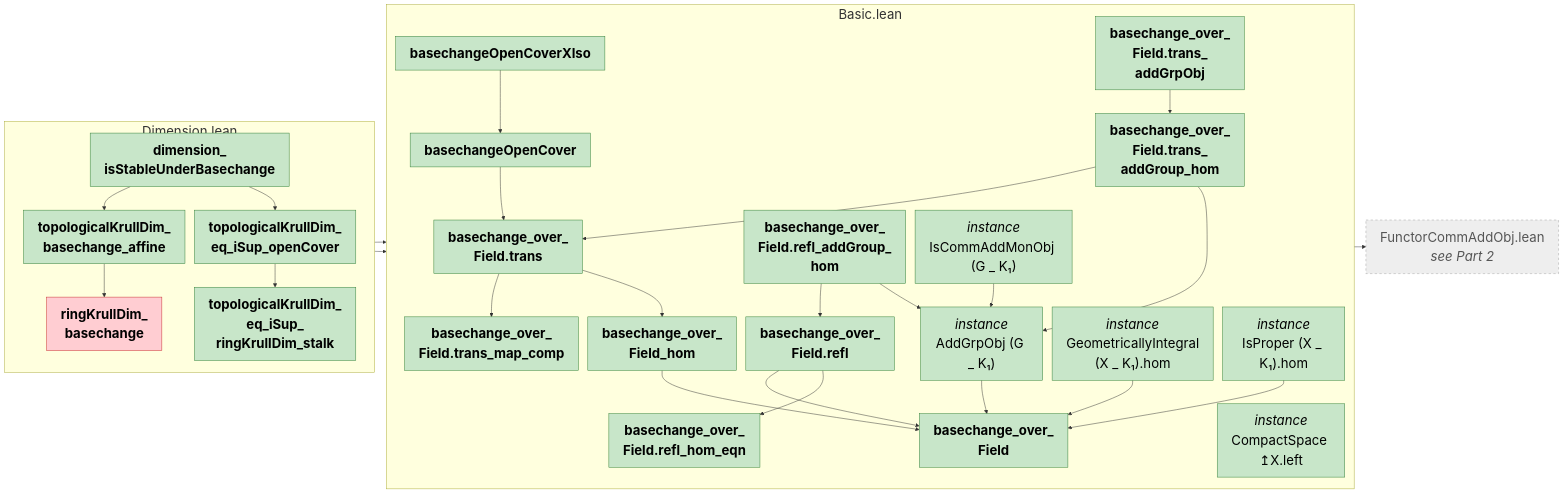
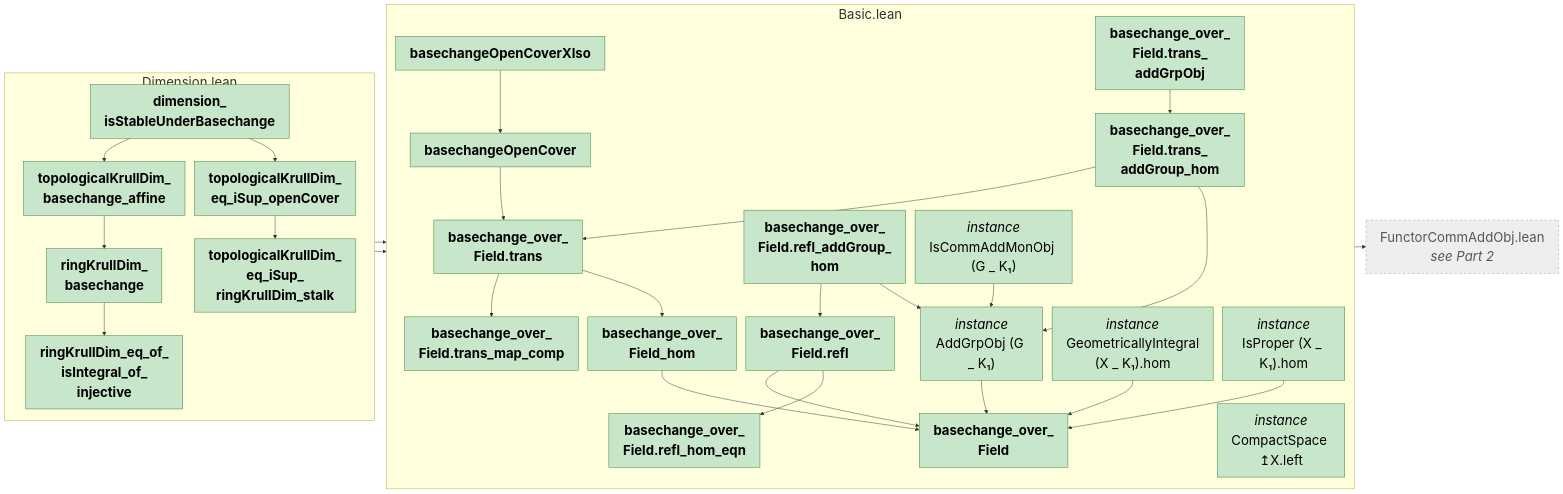
One commit to abhijitaj1997/CMAbelianVarieties changed the third of 4 diagrams in CMAbelianVarieties/MindMapStep2.md. Above: the diagram before and after it, drawn with Mermaid. The commit also changed other lines of this file and 7 other files, not shown here.

````diff
--- a/CMAbelianVarieties/MindMapStep2.md
+++ b/CMAbelianVarieties/MindMapStep2.md
@@ -205,64 +205,65 @@
 ```mermaid
 %%{init: {"flowchart": {"useMaxWidth": false, "rankSpacing": 25, "nodeSpacing": 20}, "themeVariables": {"fontSize": "28px"}}}%%
 graph LR
   subgraph m_CMAbelianVarieties_AlgebraicGeometry_Basic["Basic.lean"]
     direction TB
     n_basechangeOpenCover["<b>basechangeOpenCover</b>"]
     n_basechangeOpenCoverXIso["<b>basechangeOpenCoverXIso</b>"]
     n_basechange_over_Field["<b>basechange_over_<br/>Field</b>"]
     n_basechange_over_Field_refl["<b>basechange_over_<br/>Field.refl</b>"]
     n_basechange_over_Field_refl_addGroup_hom["<b>basechange_over_<br/>Field.refl_addGroup_<br/>hom</b>"]
     n_basechange_over_Field_refl_hom_eqn["<b>basechange_over_<br/>Field.refl_hom_eqn</b>"]
     n_basechange_over_Field_trans["<b>basechange_over_<br/>Field.trans</b>"]
     n_basechange_over_Field_trans_addGroup_hom["<b>basechange_over_<br/>Field.trans_<br/>addGroup_hom</b>"]
     n_basechange_over_Field_trans_addGrpObj["<b>basechange_over_<br/>Field.trans_<br/>addGrpObj</b>"]
     n_basechange_over_Field_trans_map_comp["<b>basechange_over_<br/>Field.trans_map_comp</b>"]
     n_basechange_over_Field_hom["<b>basechange_over_<br/>Field_hom</b>"]
     n_instAddGrpObjOverSchemeSpecOfBasechange_over_Field["<i>instance</i><br/>AddGrpObj (G _ K₁)"]
     n_instCompactSpaceCarrierCarrierCommRingCatLeftSchemeOfIsProperHom_cMAbelianVarieties["<i>instance</i><br/>CompactSpace ↥X.left"]
     n_instGeometricallyIntegralHomSchemeBasechange_over_Field["<i>instance</i><br/>GeometricallyIntegral<br/>(X _ K₁).hom"]
     n_instIsCommAddMonObjOverSchemeSpecOfBasechange_over_Field["<i>instance</i><br/>IsCommAddMonObj (G _ K₁)"]
     n_instIsProperHomSchemeBasechange_over_Field["<i>instance</i><br/>IsProper (X _ K₁).hom"]
   end
   subgraph m_CMAbelianVarieties_AlgebraicGeometry_Dimension["Dimension.lean"]
     direction TB
     n_dimension_isStableUnderBasechange["<b>dimension_<br/>isStableUnderBasechange</b>"]
     n_ringKrullDim_basechange["<b>ringKrullDim_<br/>basechange</b>"]
+    n_ringKrullDim_eq_of_isIntegral_of_injective["<b>ringKrullDim_eq_of_<br/>isIntegral_of_<br/>injective</b>"]
     n_topologicalKrullDim_basechange_affine["<b>topologicalKrullDim_<br/>basechange_affine</b>"]
     n_topologicalKrullDim_eq_iSup_openCover["<b>topologicalKrullDim_<br/>eq_iSup_openCover</b>"]
     n_topologicalKrullDim_eq_iSup_ringKrullDim_stalk["<b>topologicalKrullDim_<br/>eq_iSup_<br/>ringKrullDim_stalk</b>"]
   end
   x_CMAbelianVarieties_ForMathlib_FunctorCommAddObj["FunctorCommAddObj.lean<br/><i>see Part 2</i>"]
 
   n_basechangeOpenCover --> n_basechange_over_Field_trans
   n_basechangeOpenCoverXIso --> n_basechangeOpenCover
   n_basechange_over_Field_refl --> n_basechange_over_Field
   n_basechange_over_Field_refl --> n_basechange_over_Field_refl_hom_eqn
   n_basechange_over_Field_refl_addGroup_hom --> n_basechange_over_Field_refl
   n_basechange_over_Field_refl_addGroup_hom --> n_instAddGrpObjOverSchemeSpecOfBasechange_over_Field
   n_basechange_over_Field_trans --> n_basechange_over_Field_trans_map_comp
   n_basechange_over_Field_trans --> n_basechange_over_Field_hom
   n_basechange_over_Field_trans_addGroup_hom --> n_basechange_over_Field_trans
   n_basechange_over_Field_trans_addGroup_hom --> n_instAddGrpObjOverSchemeSpecOfBasechange_over_Field
   n_basechange_over_Field_trans_addGrpObj --> n_basechange_over_Field_trans_addGroup_hom
   n_basechange_over_Field_hom --> n_basechange_over_Field
   n_dimension_isStableUnderBasechange --> n_basechangeOpenCoverXIso
   n_dimension_isStableUnderBasechange --> n_topologicalKrullDim_basechange_affine
   n_dimension_isStableUnderBasechange --> n_topologicalKrullDim_eq_iSup_openCover
   n_instAddGrpObjOverSchemeSpecOfBasechange_over_Field --> n_basechange_over_Field
+  n_ringKrullDim_basechange --> n_ringKrullDim_eq_of_isIntegral_of_injective
   n_instGeometricallyIntegralHomSchemeBasechange_over_Field --> n_basechange_over_Field
   n_instIsCommAddMonObjOverSchemeSpecOfBasechange_over_Field --> x_CMAbelianVarieties_ForMathlib_FunctorCommAddObj
   n_instIsCommAddMonObjOverSchemeSpecOfBasechange_over_Field --> n_instAddGrpObjOverSchemeSpecOfBasechange_over_Field
   n_instIsProperHomSchemeBasechange_over_Field --> n_basechange_over_Field
   n_topologicalKrullDim_basechange_affine --> n_basechange_over_Field
   n_topologicalKrullDim_basechange_affine --> n_ringKrullDim_basechange
   n_topologicalKrullDim_eq_iSup_openCover --> n_topologicalKrullDim_eq_iSup_ringKrullDim_stalk
 
   classDef ok fill:#c8e6c9,stroke:#2e7d32,color:#000
   classDef bad fill:#ffcdd2,stroke:#c62828,color:#000
   classDef main fill:#ffd54f,stroke:#b8860b,stroke-width:3px,color:#000
   classDef ext fill:#eeeeee,stroke:#9e9e9e,stroke-dasharray:5 5,color:#555
-  class n_basechangeOpenCover,n_basechangeOpenCoverXIso,n_basechange_over_Field,n_basechange_over_Field_refl,n_basechange_over_Field_refl_addGroup_hom,n_basechange_over_Field_refl_hom_eqn,n_basechange_over_Field_trans,n_basechange_over_Field_trans_addGroup_hom,n_basechange_over_Field_trans_addGrpObj,n_basechange_over_Field_trans_map_comp,n_basechange_over_Field_hom,n_dimension_isStableUnderBasechange,n_instAddGrpObjOverSchemeSpecOfBasechange_over_Field,n_instCompactSpaceCarrierCarrierCommRingCatLeftSchemeOfIsProperHom_cMAbelianVarieties,n_instGeometricallyIntegralHomSchemeBasechange_over_Field,n_instIsCommAddMonObjOverSchemeSpecOfBasechange_over_Field,n_instIsProperHomSchemeBasechange_over_Field,n_topologicalKrullDim_basechange_affine,n_topologicalKrullDim_eq_iSup_openCover,n_topologicalKrullDim_eq_iSup_ringKrullDim_stalk ok
-  class n_ringKrullDim_basechange bad
+  class n_basechangeOpenCover,n_basechangeOpenCoverXIso,n_basechange_over_Field,n_basechange_over_Field_refl,n_basechange_over_Field_refl_addGroup_hom,n_basechange_over_Field_refl_hom_eqn,n_basechange_over_Field_trans,n_basechange_over_Field_trans_addGroup_hom,n_basechange_over_Field_trans_addGrpObj,n_basechange_over_Field_trans_map_comp,n_basechange_over_Field_hom,n_dimension_isStableUnderBasechange,n_instAddGrpObjOverSchemeSpecOfBasechange_over_Field,n_instCompactSpaceCarrierCarrierCommRingCatLeftSchemeOfIsProperHom_cMAbelianVarieties,n_instGeometricallyIntegralHomSchemeBasechange_over_Field,n_instIsCommAddMonObjOverSchemeSpecOfBasechange_over_Field,n_instIsProperHomSchemeBasechange_over_Field,n_ringKrullDim_basechange,n_ringKrullDim_eq_of_isIntegral_of_injective,n_topologicalKrullDim_basechange_affine,n_topologicalKrullDim_eq_iSup_openCover,n_topologicalKrullDim_eq_iSup_ringKrullDim_stalk ok
   class x_CMAbelianVarieties_ForMathlib_FunctorCommAddObj ext
 ```
````
